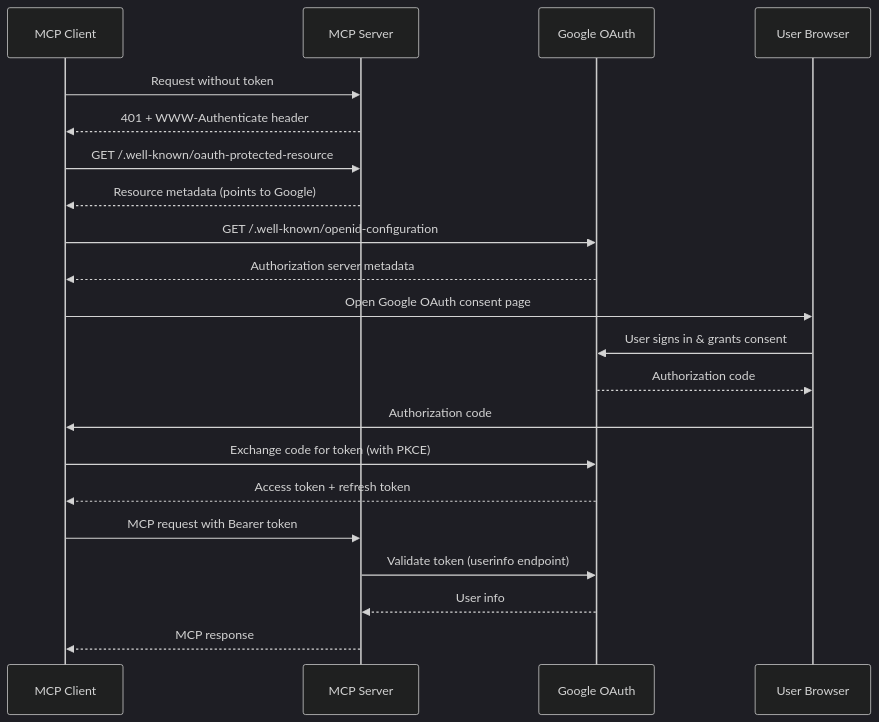
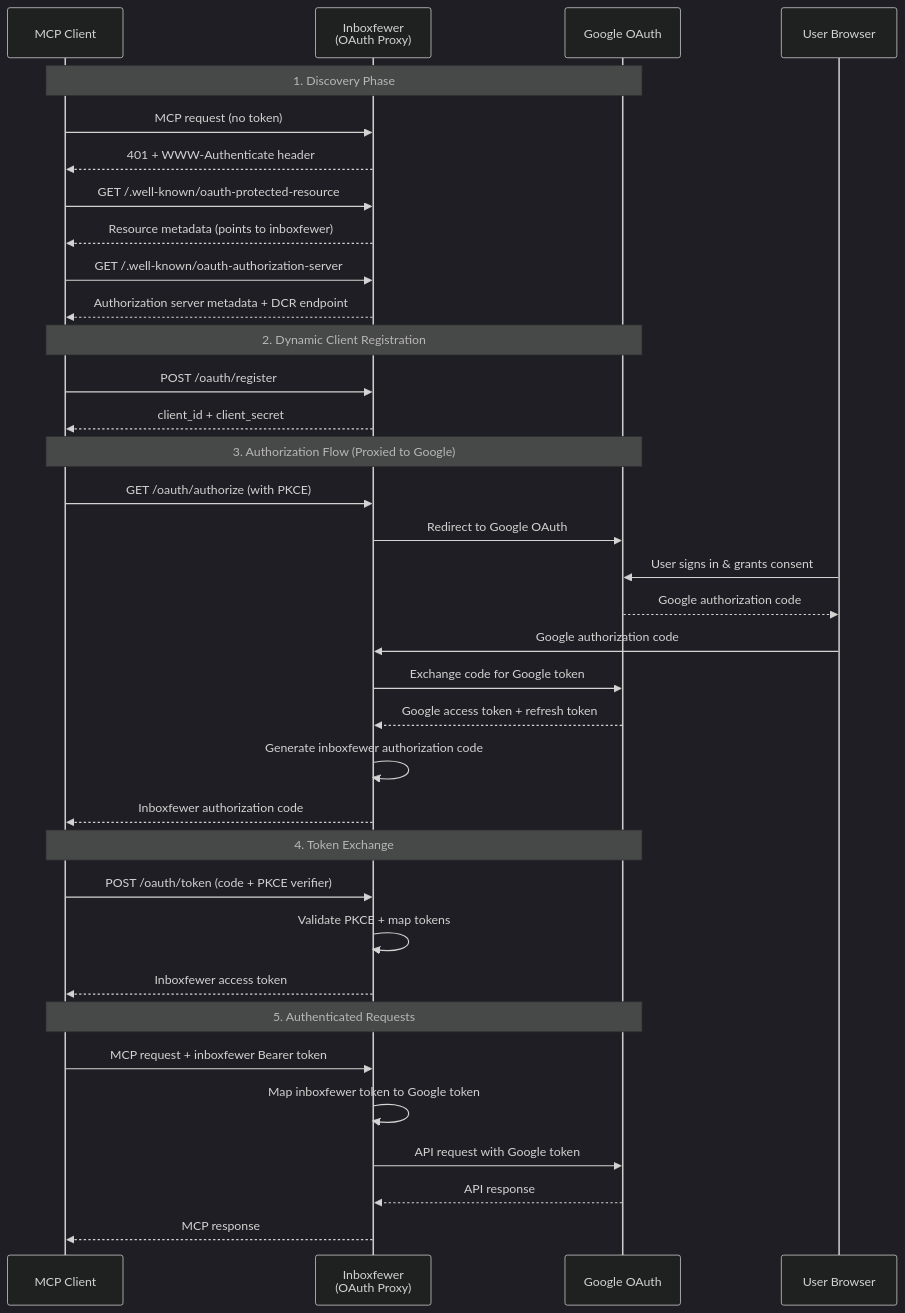
One commit to teemow/inboxfewer changed the diagram in docs/mcp-oauth.md. Above: the diagram before and after it, drawn with Mermaid (dark theme). The commit also changed other lines of this file and 11 other files, not shown here.

````diff
--- a/docs/mcp-oauth.md
+++ b/docs/mcp-oauth.md
@@ -41,29 +62,44 @@
 ```mermaid
 sequenceDiagram
     participant Client as MCP Client
-    participant Server as MCP Server
+    participant Inboxfewer as Inboxfewer<br/>(OAuth Proxy)
     participant Google as Google OAuth
     participant Browser as User Browser
 
-    Client->>Server: Request without token
-    Server-->>Client: 401 + WWW-Authenticate header
+    Note over Client,Google: 1. Discovery Phase
+    Client->>Inboxfewer: MCP request (no token)
+    Inboxfewer-->>Client: 401 + WWW-Authenticate header
     
-    Client->>Server: GET /.well-known/oauth-protected-resource
-    Server-->>Client: Resource metadata (points to Google)
+    Client->>Inboxfewer: GET /.well-known/oauth-protected-resource
+    Inboxfewer-->>Client: Resource metadata (points to inboxfewer)
     
-    Client->>Google: GET /.well-known/openid-configuration
-    Google-->>Client: Authorization server metadata
+    Client->>Inboxfewer: GET /.well-known/oauth-authorization-server
+    Inboxfewer-->>Client: Authorization server metadata + DCR endpoint
     
-    Client->>Browser: Open Google OAuth consent page
+    Note over Client,Google: 2. Dynamic Client Registration
+    Client->>Inboxfewer: POST /oauth/register
+    Inboxfewer-->>Client: client_id + client_secret
+    
+    Note over Client,Google: 3. Authorization Flow (Proxied to Google)
+    Client->>Inboxfewer: GET /oauth/authorize (with PKCE)
+    Inboxfewer->>Google: Redirect to Google OAuth
     Browser->>Google: User signs in & grants consent
-    Google-->>Browser: Authorization code
-    Browser->>Client: Authorization code
+    Google-->>Browser: Google authorization code
+    Browser->>Inboxfewer: Google authorization code
+    Inboxfewer->>Google: Exchange code for Google token
+    Google-->>Inboxfewer: Google access token + refresh token
+    Inboxfewer->>Inboxfewer: Generate inboxfewer authorization code
+    Inboxfewer-->>Client: Inboxfewer authorization code
     
-    Client->>Google: Exchange code for token (with PKCE)
-    Google-->>Client: Access token + refresh token
+    Note over Client,Google: 4. Token Exchange
+    Client->>Inboxfewer: POST /oauth/token (code + PKCE verifier)
+    Inboxfewer->>Inboxfewer: Validate PKCE + map tokens
+    Inboxfewer-->>Client: Inboxfewer access token
     
-    Client->>Server: MCP request with Bearer token
-    Server->>Google: Validate token (userinfo endpoint)
-    Google-->>Server: User info
-    Server-->>Client: MCP response
+    Note over Client,Google: 5. Authenticated Requests
+    Client->>Inboxfewer: MCP request + inboxfewer Bearer token
+    Inboxfewer->>Inboxfewer: Map inboxfewer token to Google token
+    Inboxfewer->>Google: API request with Google token
+    Google-->>Inboxfewer: API response
+    Inboxfewer-->>Client: MCP response
 ```
````
